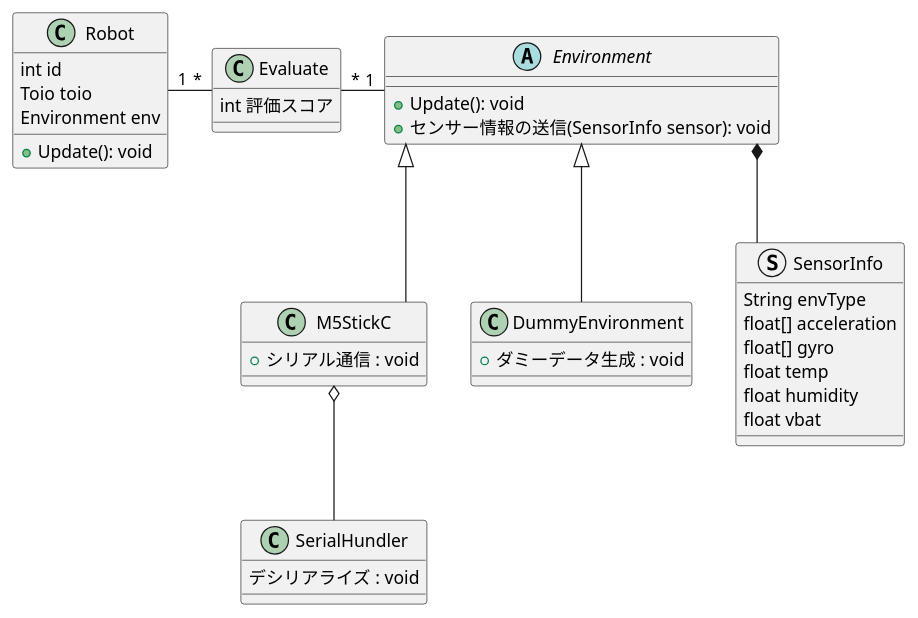
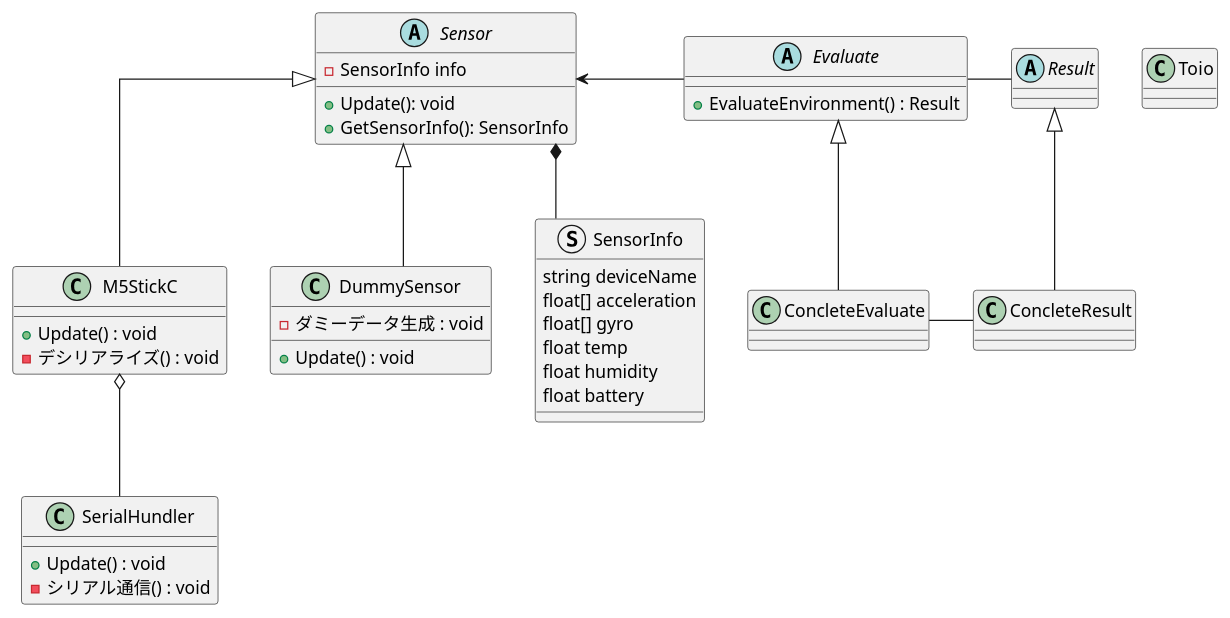
One commit to Ryuzo-MYU/weak-toio changed the diagram in Document/uml/overview.pu. Above: the diagram before and after it, drawn with PlantUML.

Commit message:
共有用

```diff
--- a/Document/uml/overview.pu
+++ b/Document/uml/overview.pu
@@ -1,41 +1,49 @@
 @startuml overview
 skinparam Linetype ortho
 
-class Robot{
-	int id
-	Toio toio
-	Environment env
+abstract Sensor{
+	- SensorInfo info
 	+ Update(): void
-}
-class Evaluate{
-	int 評価スコア
-}
-abstract Environment{
-	+ Update(): void
-	+ センサー情報の送信(SensorInfo sensor): void
+	+ GetSensorInfo(): SensorInfo
 }
 class M5StickC{
-	+ シリアル通信 : void
+	+ Update() : void
+	- デシリアライズ() : void
 }
 class SerialHundler{
-	デシリアライズ : void
+	+ Update() : void
+	- シリアル通信() : void
 }
-class DummyEnvironment{
-	+ ダミーデータ生成 : void
+class DummySensor{
+	+ Update() : void
+	- ダミーデータ生成 : void
 }
 struct SensorInfo{
-	String envType
+	string deviceName
 	float[] acceleration
 	float[] gyro
 	float temp
 	float humidity
-	float vbat
+	float battery
 }
+abstract Evaluate{
+	+ EvaluateEnvironment() : Result
+}
+class ConcleteEvaluate{
 
-Robot "1" - "*" Evaluate
-Evaluate "*" - "1" Environment
-Environment <|-- M5StickC
-Environment <|-- DummyEnvironment
-Environment *-- SensorInfo
+}
+abstract Result
+class ConcleteResult
+
+class Toio
+
+Sensor <-right- Evaluate
+Sensor <|-- M5StickC
+Sensor <|-- DummySensor
+Sensor *-- SensorInfo
 M5StickC o-- SerialHundler
+Evaluate -right- Result
+Evaluate <|-down-ConcleteEvaluate
+Result <|-down- ConcleteResult
+ConcleteEvaluate -right- ConcleteResult
 @enduml
```
